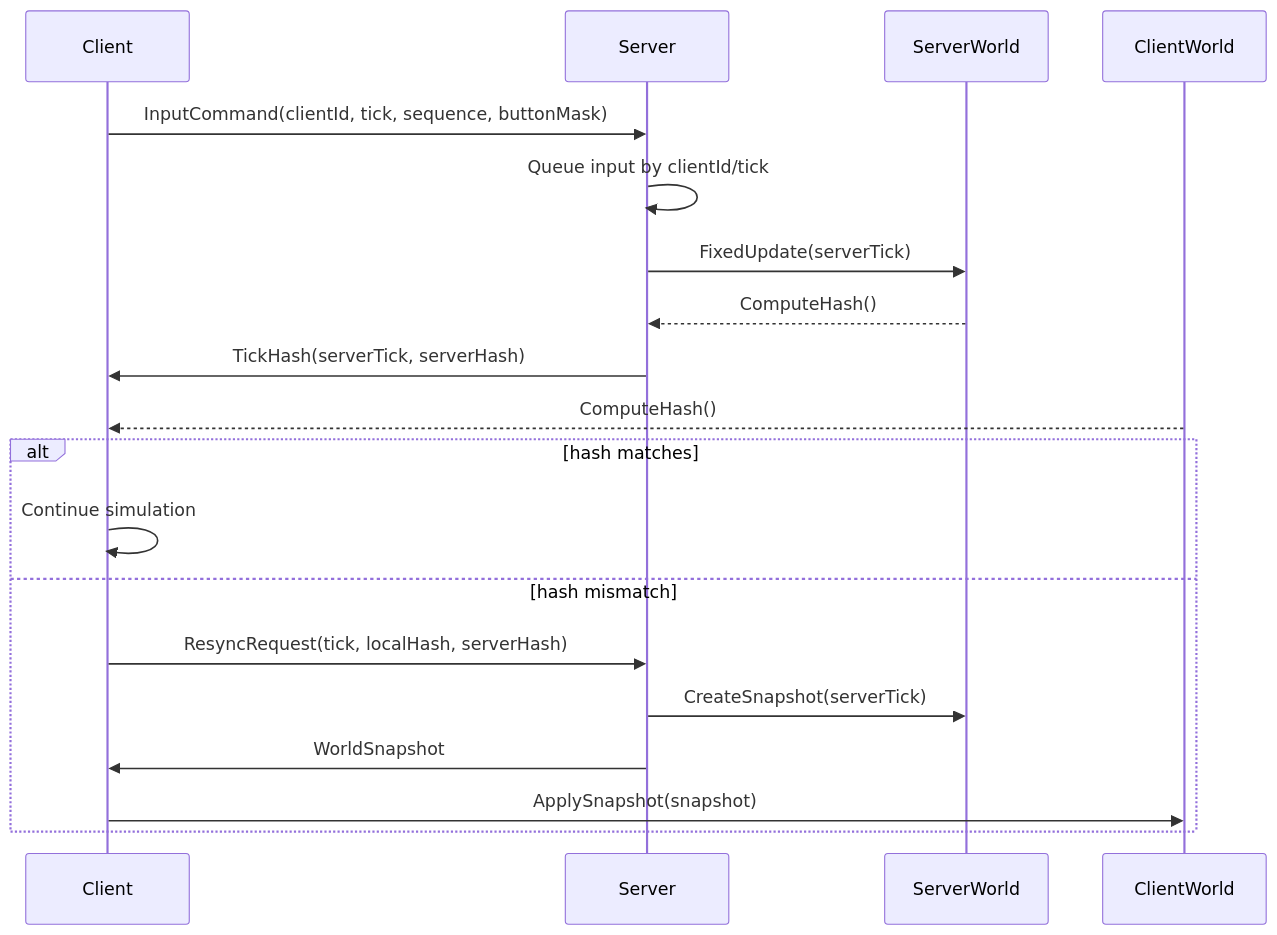
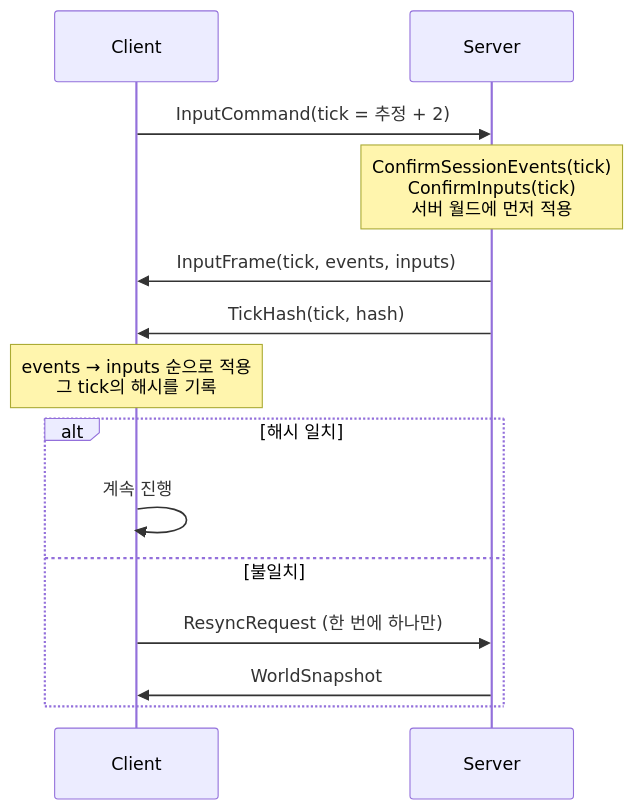
Before and after one commit to J0nJAr/ECSFactory: the fourth of 5 diagrams in README.md, drawn with Mermaid. The commit also changed other lines of this file and 3 other files, not shown here.

````diff
--- a/README.md
+++ b/README.md
@@ -241,22 +238,17 @@
 ```mermaid
 sequenceDiagram
-    participant Client
-    participant Server
-    participant ServerWorld
-    participant ClientWorld
+    participant C as Client
+    participant S as Server
 
-    Client->>Server: InputCommand(clientId, tick, sequence, buttonMask)
-    Server->>Server: Queue input by clientId/tick
-    Server->>ServerWorld: FixedUpdate(serverTick)
-    ServerWorld-->>Server: ComputeHash()
-    Server->>Client: TickHash(serverTick, serverHash)
-    ClientWorld-->>Client: ComputeHash()
-    alt hash matches
-        Client->>Client: Continue simulation
-    else hash mismatch
-        Client->>Server: ResyncRequest(tick, localHash, serverHash)
-        Server->>ServerWorld: CreateSnapshot(serverTick)
-        Server->>Client: WorldSnapshot
-        Client->>ClientWorld: ApplySnapshot(snapshot)
+    C->>S: InputCommand(tick = 추정 + 2)
+    Note over S: ConfirmSessionEvents(tick)<br/>ConfirmInputs(tick)<br/>서버 월드에 먼저 적용
+    S->>C: InputFrame(tick, events, inputs)
+    S->>C: TickHash(tick, hash)
+    Note over C: events → inputs 순으로 적용<br/>그 tick의 해시를 기록
+    alt 해시 일치
+        C->>C: 계속 진행
+    else 불일치
+        C->>S: ResyncRequest (한 번에 하나만)
+        S->>C: WorldSnapshot
     end
 ```
````
